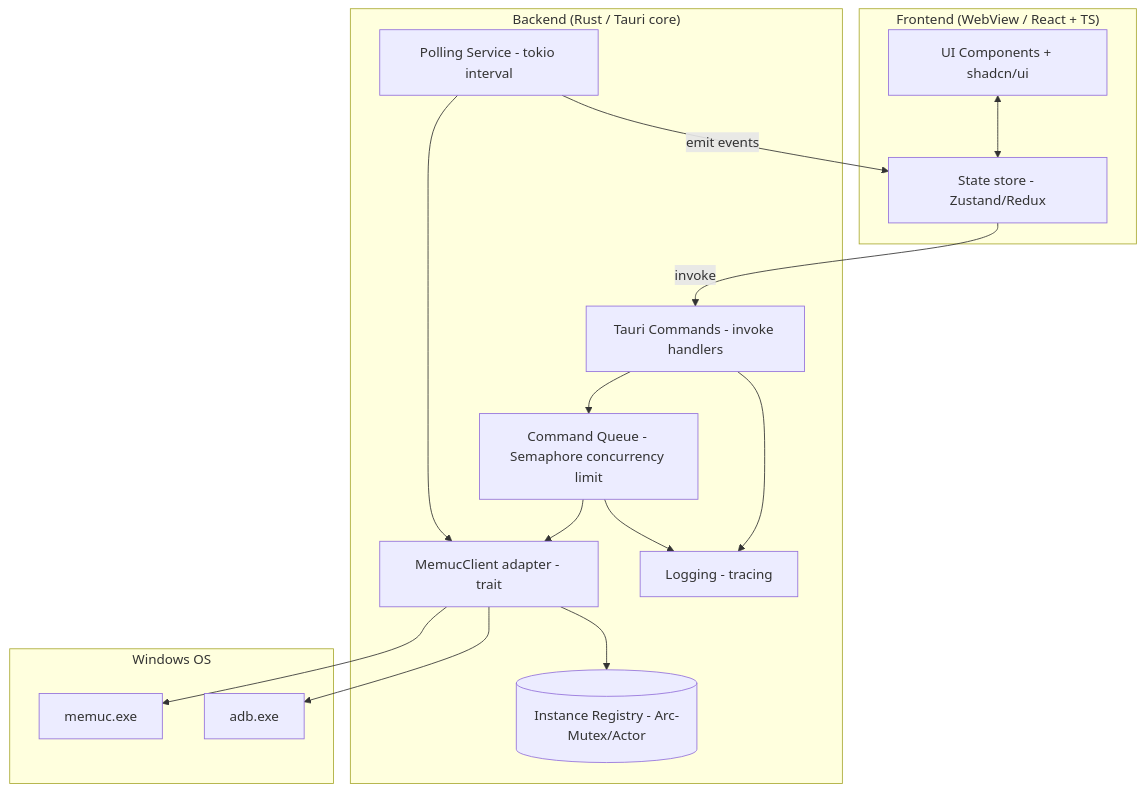
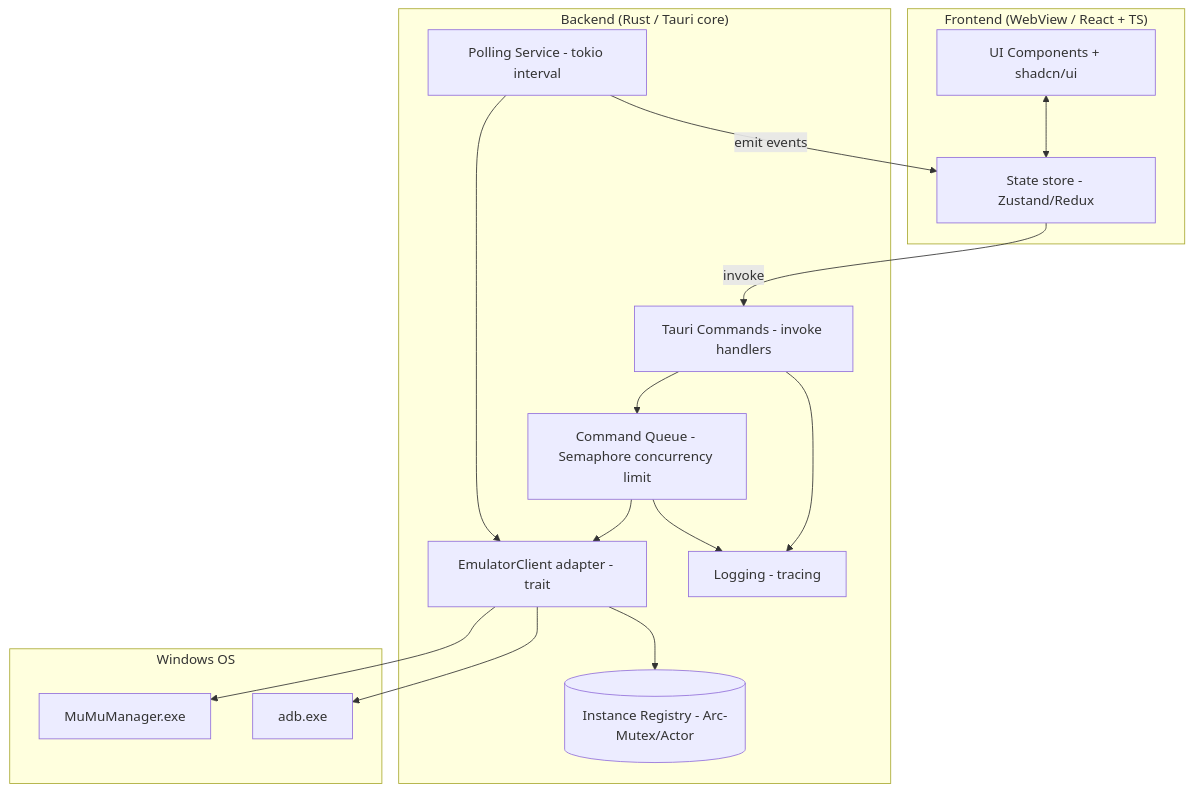
The diagram in kehoac.md (levanhien54/MemuTikyok), drawn with Mermaid before and after one commit. The commit also changed other lines of this file and 65 other files, not shown here.

````diff
--- a/kehoac.md
+++ b/kehoac.md
@@ -237,30 +233,30 @@
 ```mermaid
 flowchart TB
     subgraph FE["Frontend (WebView / React + TS)"]
         UI[UI Components + shadcn/ui]
         Store[State store - Zustand/Redux]
         UI <--> Store
     end
     subgraph BE["Backend (Rust / Tauri core)"]
         Cmd[Tauri Commands - invoke handlers]
         Poller[Polling Service - tokio interval]
         Queue[Command Queue - Semaphore concurrency limit]
-        Adapter[MemucClient adapter - trait]
+        Adapter[EmulatorClient adapter - trait]
         Store2[(Instance Registry - Arc-Mutex/Actor)]
         Log[Logging - tracing]
     end
     subgraph OS["Windows OS"]
-        Memuc[memuc.exe]
+        Mumu[MuMuManager.exe]
         Adb[adb.exe]
     end
 
     Store -- invoke --> Cmd
     Cmd --> Queue --> Adapter
     Poller --> Adapter
-    Adapter --> Memuc
+    Adapter --> Mumu
     Adapter --> Adb
     Adapter --> Store2
     Poller -- emit events --> Store
     Cmd --> Log
     Queue --> Log
 ```
````
